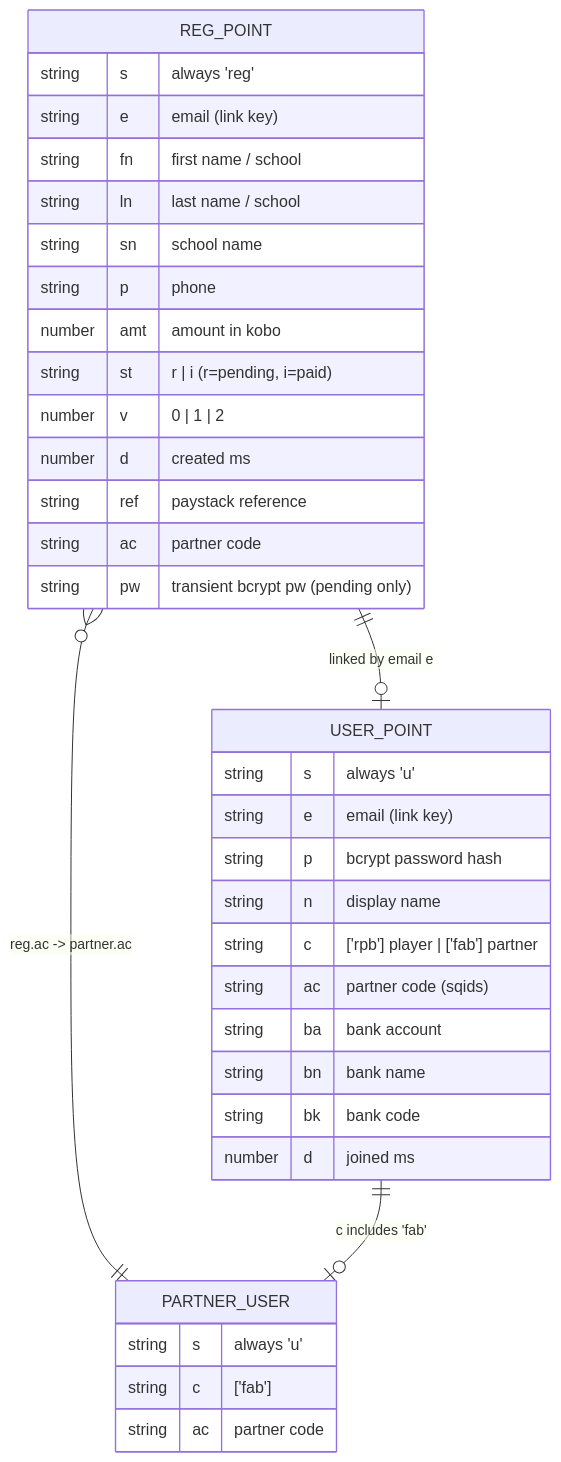
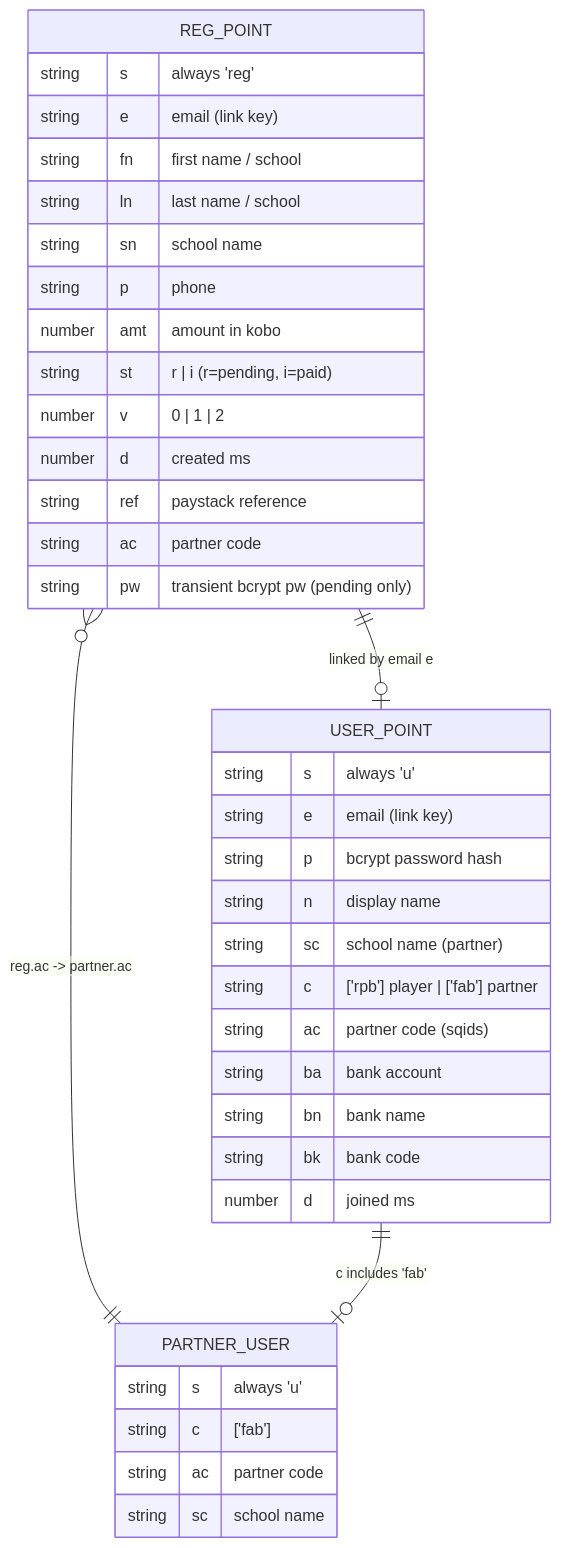
Before and after one commit to angelwingscomms/beee: the first of 2 diagrams in docs/data-model.md, drawn with Mermaid. The commit also changed 9 other files, not shown here.

First line of the commit message:
partner signup: add optional school name field

````diff
--- a/docs/data-model.md
+++ b/docs/data-model.md
@@ -9,39 +9,41 @@
 ```mermaid
 erDiagram
     REG_POINT {
         string s "always 'reg'"
         string e "email (link key)"
         string fn "first name / school"
         string ln "last name / school"
         string sn "school name"
         string p "phone"
         number amt "amount in kobo"
         string st "r | i  (r=pending, i=paid)"
         number v "0 | 1 | 2"
         number d "created ms"
         string ref "paystack reference"
         string ac "partner code"
         string pw "transient bcrypt pw (pending only)"
     }
     USER_POINT {
         string s "always 'u'"
         string e "email (link key)"
         string p "bcrypt password hash"
         string n "display name"
+        string sc "school name (partner)"
         string c "['rpb'] player | ['fab'] partner"
         string ac "partner code (sqids)"
         string ba "bank account"
         string bn "bank name"
         string bk "bank code"
         number d "joined ms"
     }
     PARTNER_USER {
         string s "always 'u'"
         string c "['fab']"
         string ac "partner code"
+        string sc "school name"
     }
 
     REG_POINT ||--o| USER_POINT : "linked by email e"
     REG_POINT }o--|| PARTNER_USER : "reg.ac -> partner.ac"
     USER_POINT ||--o| PARTNER_USER : "c includes 'fab'"
 ```
````
